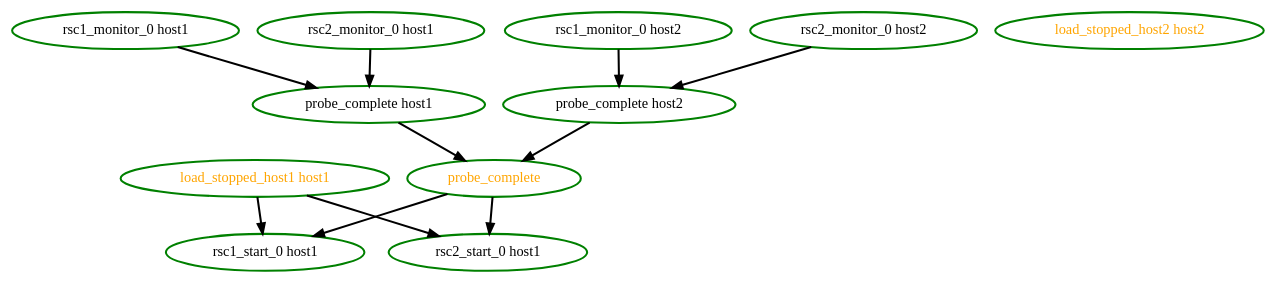
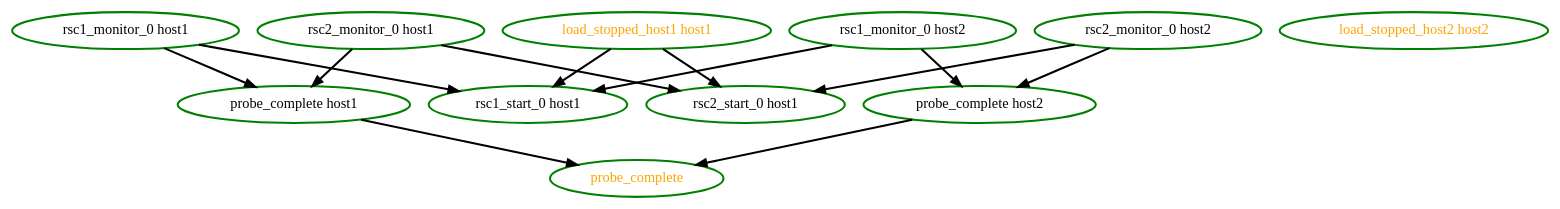
The diagram in pengine/test10/minimal.dot (ClusterLabs/pacemaker), drawn with Graphviz before and after one commit. The commit also changed 464 other files, not shown here.

```diff
--- a/pengine/test10/minimal.dot
+++ b/pengine/test10/minimal.dot
@@ -1,23 +1,25 @@
 digraph "g" {
 "load_stopped_host1 host1" -> "rsc1_start_0 host1" [ style = bold]
 "load_stopped_host1 host1" -> "rsc2_start_0 host1" [ style = bold]
 "load_stopped_host1 host1" [ style=bold color="green" fontcolor="orange" ]
 "load_stopped_host2 host2" [ style=bold color="green" fontcolor="orange" ]
 "probe_complete host1" -> "probe_complete" [ style = bold]
 "probe_complete host1" [ style=bold color="green" fontcolor="black" ]
 "probe_complete host2" -> "probe_complete" [ style = bold]
 "probe_complete host2" [ style=bold color="green" fontcolor="black" ]
-"probe_complete" -> "rsc1_start_0 host1" [ style = bold]
-"probe_complete" -> "rsc2_start_0 host1" [ style = bold]
 "probe_complete" [ style=bold color="green" fontcolor="orange" ]
 "rsc1_monitor_0 host1" -> "probe_complete host1" [ style = bold]
+"rsc1_monitor_0 host1" -> "rsc1_start_0 host1" [ style = bold]
 "rsc1_monitor_0 host1" [ style=bold color="green" fontcolor="black" ]
 "rsc1_monitor_0 host2" -> "probe_complete host2" [ style = bold]
+"rsc1_monitor_0 host2" -> "rsc1_start_0 host1" [ style = bold]
 "rsc1_monitor_0 host2" [ style=bold color="green" fontcolor="black" ]
 "rsc1_start_0 host1" [ style=bold color="green" fontcolor="black" ]
 "rsc2_monitor_0 host1" -> "probe_complete host1" [ style = bold]
+"rsc2_monitor_0 host1" -> "rsc2_start_0 host1" [ style = bold]
 "rsc2_monitor_0 host1" [ style=bold color="green" fontcolor="black" ]
 "rsc2_monitor_0 host2" -> "probe_complete host2" [ style = bold]
+"rsc2_monitor_0 host2" -> "rsc2_start_0 host1" [ style = bold]
 "rsc2_monitor_0 host2" [ style=bold color="green" fontcolor="black" ]
 "rsc2_start_0 host1" [ style=bold color="green" fontcolor="black" ]
 }
```
